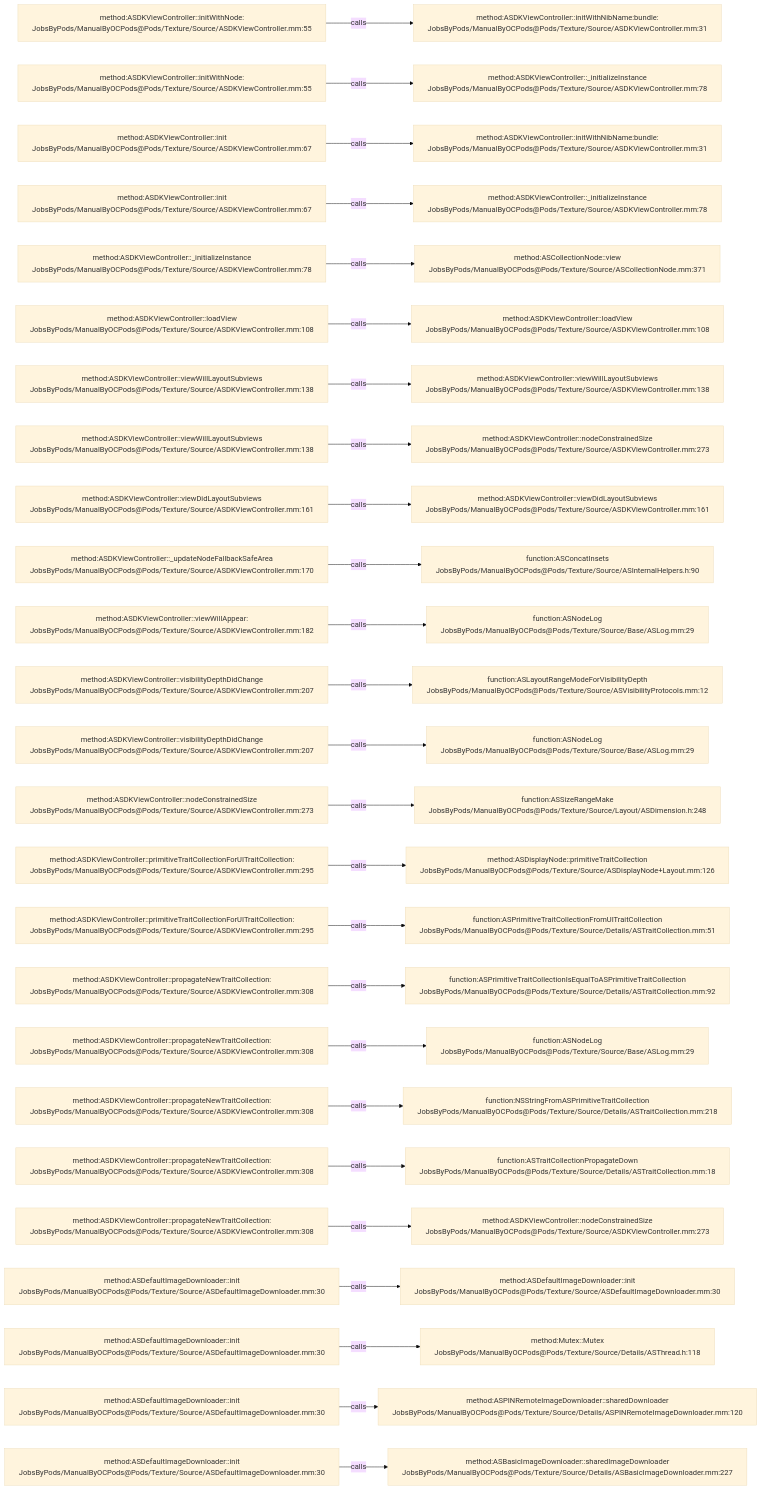
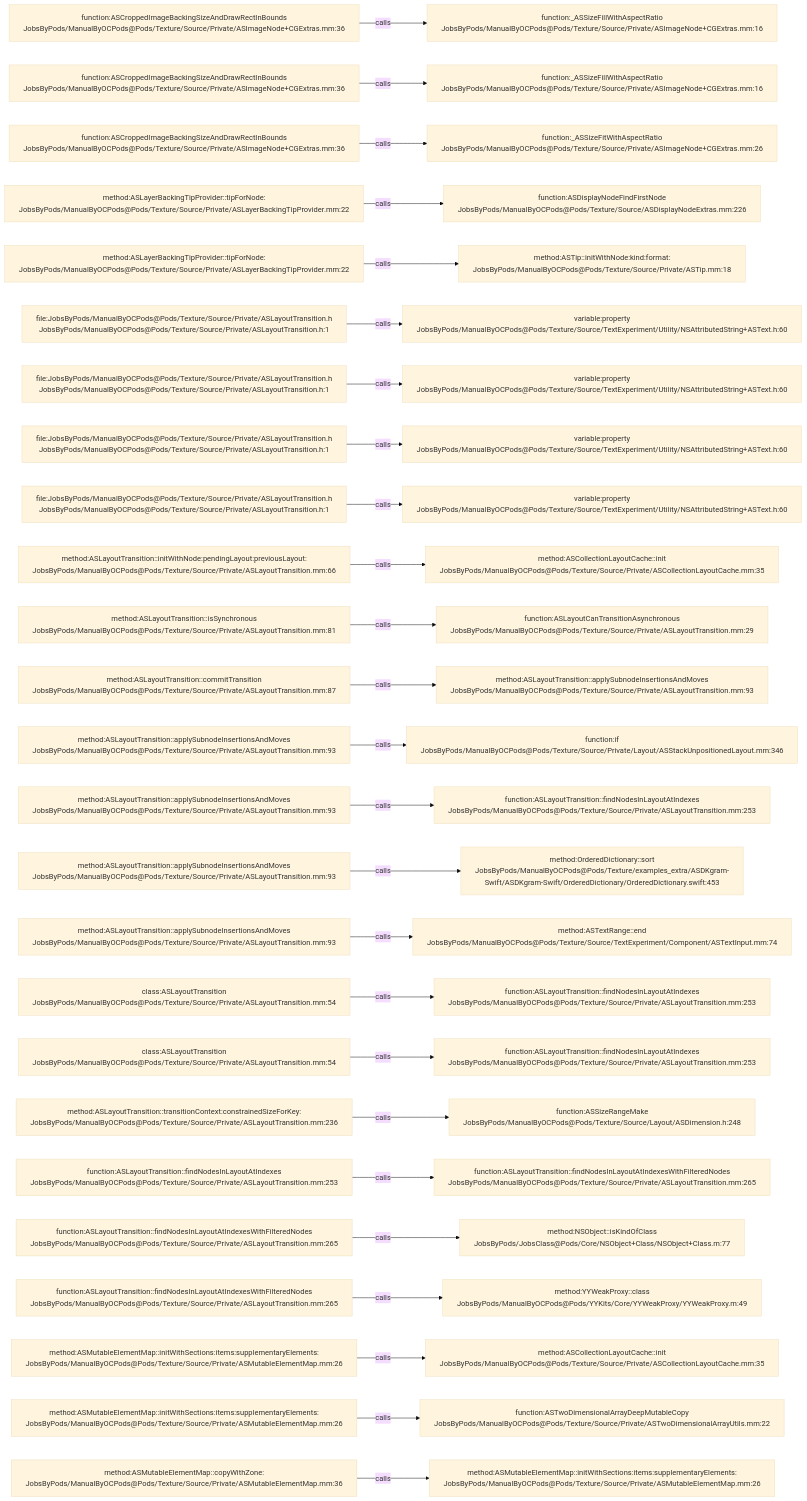
The diagram in .codegraph/codegraph.md/graphs/calls-198.md (JobsKits/JobsOCBaseConfigDemo), drawn with Mermaid (base theme) before and after one commit. The commit also changed 2162 other files, not shown here.

````diff
--- a/.codegraph/codegraph.md/graphs/calls-198.md
+++ b/.codegraph/codegraph.md/graphs/calls-198.md
@@ -13,78 +13,78 @@
 ```mermaid
 flowchart LR
-  S1["method:ASDKViewController::initWithNode:<br/>JobsByPods/ManualByOCPods@Pods/Texture/Source/ASDKViewController.mm:55"]
-  T1["method:ASDKViewController::initWithNibName:bundle:<br/>JobsByPods/ManualByOCPods@Pods/Texture/Source/ASDKViewController.mm:31"]
+  S1["function:ASCroppedImageBackingSizeAndDrawRectInBounds<br/>JobsByPods/ManualByOCPods@Pods/Texture/Source/Private/ASImageNode+CGExtras.mm:36"]
+  T1["function:_ASSizeFillWithAspectRatio<br/>JobsByPods/ManualByOCPods@Pods/Texture/Source/Private/ASImageNode+CGExtras.mm:16"]
   S1 -->|calls| T1
-  S2["method:ASDKViewController::initWithNode:<br/>JobsByPods/ManualByOCPods@Pods/Texture/Source/ASDKViewController.mm:55"]
-  T2["method:ASDKViewController::_initializeInstance<br/>JobsByPods/ManualByOCPods@Pods/Texture/Source/ASDKViewController.mm:78"]
+  S2["function:ASCroppedImageBackingSizeAndDrawRectInBounds<br/>JobsByPods/ManualByOCPods@Pods/Texture/Source/Private/ASImageNode+CGExtras.mm:36"]
+  T2["function:_ASSizeFillWithAspectRatio<br/>JobsByPods/ManualByOCPods@Pods/Texture/Source/Private/ASImageNode+CGExtras.mm:16"]
   S2 -->|calls| T2
-  S3["method:ASDKViewController::init<br/>JobsByPods/ManualByOCPods@Pods/Texture/Source/ASDKViewController.mm:67"]
-  T3["method:ASDKViewController::initWithNibName:bundle:<br/>JobsByPods/ManualByOCPods@Pods/Texture/Source/ASDKViewController.mm:31"]
+  S3["function:ASCroppedImageBackingSizeAndDrawRectInBounds<br/>JobsByPods/ManualByOCPods@Pods/Texture/Source/Private/ASImageNode+CGExtras.mm:36"]
+  T3["function:_ASSizeFitWithAspectRatio<br/>JobsByPods/ManualByOCPods@Pods/Texture/Source/Private/ASImageNode+CGExtras.mm:26"]
   S3 -->|calls| T3
-  S4["method:ASDKViewController::init<br/>JobsByPods/ManualByOCPods@Pods/Texture/Source/ASDKViewController.mm:67"]
-  T4["method:ASDKViewController::_initializeInstance<br/>JobsByPods/ManualByOCPods@Pods/Texture/Source/ASDKViewController.mm:78"]
+  S4["method:ASLayerBackingTipProvider::tipForNode:<br/>JobsByPods/ManualByOCPods@Pods/Texture/Source/Private/ASLayerBackingTipProvider.mm:22"]
+  T4["function:ASDisplayNodeFindFirstNode<br/>JobsByPods/ManualByOCPods@Pods/Texture/Source/ASDisplayNodeExtras.mm:226"]
   S4 -->|calls| T4
-  S5["method:ASDKViewController::_initializeInstance<br/>JobsByPods/ManualByOCPods@Pods/Texture/Source/ASDKViewController.mm:78"]
-  T5["method:ASCollectionNode::view<br/>JobsByPods/ManualByOCPods@Pods/Texture/Source/ASCollectionNode.mm:371"]
+  S5["method:ASLayerBackingTipProvider::tipForNode:<br/>JobsByPods/ManualByOCPods@Pods/Texture/Source/Private/ASLayerBackingTipProvider.mm:22"]
+  T5["method:ASTip::initWithNode:kind:format:<br/>JobsByPods/ManualByOCPods@Pods/Texture/Source/Private/ASTip.mm:18"]
   S5 -->|calls| T5
-  S6["method:ASDKViewController::loadView<br/>JobsByPods/ManualByOCPods@Pods/Texture/Source/ASDKViewController.mm:108"]
-  T6["method:ASDKViewController::loadView<br/>JobsByPods/ManualByOCPods@Pods/Texture/Source/ASDKViewController.mm:108"]
+  S6["file:JobsByPods/ManualByOCPods@Pods/Texture/Source/Private/ASLayoutTransition.h<br/>JobsByPods/ManualByOCPods@Pods/Texture/Source/Private/ASLayoutTransition.h:1"]
+  T6["variable:property<br/>JobsByPods/ManualByOCPods@Pods/Texture/Source/TextExperiment/Utility/NSAttributedString+ASText.h:60"]
   S6 -->|calls| T6
-  S7["method:ASDKViewController::viewWillLayoutSubviews<br/>JobsByPods/ManualByOCPods@Pods/Texture/Source/ASDKViewController.mm:138"]
-  T7["method:ASDKViewController::viewWillLayoutSubviews<br/>JobsByPods/ManualByOCPods@Pods/Texture/Source/ASDKViewController.mm:138"]
+  S7["file:JobsByPods/ManualByOCPods@Pods/Texture/Source/Private/ASLayoutTransition.h<br/>JobsByPods/ManualByOCPods@Pods/Texture/Source/Private/ASLayoutTransition.h:1"]
+  T7["variable:property<br/>JobsByPods/ManualByOCPods@Pods/Texture/Source/TextExperiment/Utility/NSAttributedString+ASText.h:60"]
   S7 -->|calls| T7
-  S8["method:ASDKViewController::viewWillLayoutSubviews<br/>JobsByPods/ManualByOCPods@Pods/Texture/Source/ASDKViewController.mm:138"]
-  T8["method:ASDKViewController::nodeConstrainedSize<br/>JobsByPods/ManualByOCPods@Pods/Texture/Source/ASDKViewController.mm:273"]
+  S8["file:JobsByPods/ManualByOCPods@Pods/Texture/Source/Private/ASLayoutTransition.h<br/>JobsByPods/ManualByOCPods@Pods/Texture/Source/Private/ASLayoutTransition.h:1"]
+  T8["variable:property<br/>JobsByPods/ManualByOCPods@Pods/Texture/Source/TextExperiment/Utility/NSAttributedString+ASText.h:60"]
   S8 -->|calls| T8
-  S9["method:ASDKViewController::viewDidLayoutSubviews<br/>JobsByPods/ManualByOCPods@Pods/Texture/Source/ASDKViewController.mm:161"]
-  T9["method:ASDKViewController::viewDidLayoutSubviews<br/>JobsByPods/ManualByOCPods@Pods/Texture/Source/ASDKViewController.mm:161"]
+  S9["file:JobsByPods/ManualByOCPods@Pods/Texture/Source/Private/ASLayoutTransition.h<br/>JobsByPods/ManualByOCPods@Pods/Texture/Source/Private/ASLayoutTransition.h:1"]
+  T9["variable:property<br/>JobsByPods/ManualByOCPods@Pods/Texture/Source/TextExperiment/Utility/NSAttributedString+ASText.h:60"]
   S9 -->|calls| T9
-  S10["method:ASDKViewController::_updateNodeFallbackSafeArea<br/>JobsByPods/ManualByOCPods@Pods/Texture/Source/ASDKViewController.mm:170"]
-  T10["function:ASConcatInsets<br/>JobsByPods/ManualByOCPods@Pods/Texture/Source/ASInternalHelpers.h:90"]
+  S10["method:ASLayoutTransition::initWithNode:pendingLayout:previousLayout:<br/>JobsByPods/ManualByOCPods@Pods/Texture/Source/Private/ASLayoutTransition.mm:66"]
+  T10["method:ASCollectionLayoutCache::init<br/>JobsByPods/ManualByOCPods@Pods/Texture/Source/Private/ASCollectionLayoutCache.mm:35"]
   S10 -->|calls| T10
-  S11["method:ASDKViewController::viewWillAppear:<br/>JobsByPods/ManualByOCPods@Pods/Texture/Source/ASDKViewController.mm:182"]
-  T11["function:ASNodeLog<br/>JobsByPods/ManualByOCPods@Pods/Texture/Source/Base/ASLog.mm:29"]
+  S11["method:ASLayoutTransition::isSynchronous<br/>JobsByPods/ManualByOCPods@Pods/Texture/Source/Private/ASLayoutTransition.mm:81"]
+  T11["function:ASLayoutCanTransitionAsynchronous<br/>JobsByPods/ManualByOCPods@Pods/Texture/Source/Private/ASLayoutTransition.mm:29"]
   S11 -->|calls| T11
-  S12["method:ASDKViewController::visibilityDepthDidChange<br/>JobsByPods/ManualByOCPods@Pods/Texture/Source/ASDKViewController.mm:207"]
-  T12["function:ASLayoutRangeModeForVisibilityDepth<br/>JobsByPods/ManualByOCPods@Pods/Texture/Source/ASVisibilityProtocols.mm:12"]
+  S12["method:ASLayoutTransition::commitTransition<br/>JobsByPods/ManualByOCPods@Pods/Texture/Source/Private/ASLayoutTransition.mm:87"]
+  T12["method:ASLayoutTransition::applySubnodeInsertionsAndMoves<br/>JobsByPods/ManualByOCPods@Pods/Texture/Source/Private/ASLayoutTransition.mm:93"]
   S12 -->|calls| T12
-  S13["method:ASDKViewController::visibilityDepthDidChange<br/>JobsByPods/ManualByOCPods@Pods/Texture/Source/ASDKViewController.mm:207"]
-  T13["function:ASNodeLog<br/>JobsByPods/ManualByOCPods@Pods/Texture/Source/Base/ASLog.mm:29"]
+  S13["method:ASLayoutTransition::applySubnodeInsertionsAndMoves<br/>JobsByPods/ManualByOCPods@Pods/Texture/Source/Private/ASLayoutTransition.mm:93"]
+  T13["function:if<br/>JobsByPods/ManualByOCPods@Pods/Texture/Source/Private/Layout/ASStackUnpositionedLayout.mm:346"]
   S13 -->|calls| T13
-  S14["method:ASDKViewController::nodeConstrainedSize<br/>JobsByPods/ManualByOCPods@Pods/Texture/Source/ASDKViewController.mm:273"]
-  T14["function:ASSizeRangeMake<br/>JobsByPods/ManualByOCPods@Pods/Texture/Source/Layout/ASDimension.h:248"]
+  S14["method:ASLayoutTransition::applySubnodeInsertionsAndMoves<br/>JobsByPods/ManualByOCPods@Pods/Texture/Source/Private/ASLayoutTransition.mm:93"]
+  T14["function:ASLayoutTransition::findNodesInLayoutAtIndexes<br/>JobsByPods/ManualByOCPods@Pods/Texture/Source/Private/ASLayoutTransition.mm:253"]
   S14 -->|calls| T14
-  S15["method:ASDKViewController::primitiveTraitCollectionForUITraitCollection:<br/>JobsByPods/ManualByOCPods@Pods/Texture/Source/ASDKViewController.mm:295"]
-  T15["method:ASDisplayNode::primitiveTraitCollection<br/>JobsByPods/ManualByOCPods@Pods/Texture/Source/ASDisplayNode+Layout.mm:126"]
+  S15["method:ASLayoutTransition::applySubnodeInsertionsAndMoves<br/>JobsByPods/ManualByOCPods@Pods/Texture/Source/Private/ASLayoutTransition.mm:93"]
+  T15["method:OrderedDictionary::sort<br/>JobsByPods/ManualByOCPods@Pods/Texture/examples_extra/ASDKgram-Swift/ASDKgram-Swift/OrderedDictionary/OrderedDictionary.swift:453"]
   S15 -->|calls| T15
-  S16["method:ASDKViewController::primitiveTraitCollectionForUITraitCollection:<br/>JobsByPods/ManualByOCPods@Pods/Texture/Source/ASDKViewController.mm:295"]
-  T16["function:ASPrimitiveTraitCollectionFromUITraitCollection<br/>JobsByPods/ManualByOCPods@Pods/Texture/Source/Details/ASTraitCollection.mm:51"]
+  S16["method:ASLayoutTransition::applySubnodeInsertionsAndMoves<br/>JobsByPods/ManualByOCPods@Pods/Texture/Source/Private/ASLayoutTransition.mm:93"]
+  T16["method:ASTextRange::end<br/>JobsByPods/ManualByOCPods@Pods/Texture/Source/TextExperiment/Component/ASTextInput.mm:74"]
   S16 -->|calls| T16
-  S17["method:ASDKViewController::propagateNewTraitCollection:<br/>JobsByPods/ManualByOCPods@Pods/Texture/Source/ASDKViewController.mm:308"]
-  T17["function:ASPrimitiveTraitCollectionIsEqualToASPrimitiveTraitCollection<br/>JobsByPods/ManualByOCPods@Pods/Texture/Source/Details/ASTraitCollection.mm:92"]
+  S17["class:ASLayoutTransition<br/>JobsByPods/ManualByOCPods@Pods/Texture/Source/Private/ASLayoutTransition.mm:54"]
+  T17["function:ASLayoutTransition::findNodesInLayoutAtIndexes<br/>JobsByPods/ManualByOCPods@Pods/Texture/Source/Private/ASLayoutTransition.mm:253"]
   S17 -->|calls| T17
-  S18["method:ASDKViewController::propagateNewTraitCollection:<br/>JobsByPods/ManualByOCPods@Pods/Texture/Source/ASDKViewController.mm:308"]
-  T18["function:ASNodeLog<br/>JobsByPods/ManualByOCPods@Pods/Texture/Source/Base/ASLog.mm:29"]
+  S18["class:ASLayoutTransition<br/>JobsByPods/ManualByOCPods@Pods/Texture/Source/Private/ASLayoutTransition.mm:54"]
+  T18["function:ASLayoutTransition::findNodesInLayoutAtIndexes<br/>JobsByPods/ManualByOCPods@Pods/Texture/Source/Private/ASLayoutTransition.mm:253"]
   S18 -->|calls| T18
-  S19["method:ASDKViewController::propagateNewTraitCollection:<br/>JobsByPods/ManualByOCPods@Pods/Texture/Source/ASDKViewController.mm:308"]
-  T19["function:NSStringFromASPrimitiveTraitCollection<br/>JobsByPods/ManualByOCPods@Pods/Texture/Source/Details/ASTraitCollection.mm:218"]
+  S19["method:ASLayoutTransition::transitionContext:constrainedSizeForKey:<br/>JobsByPods/ManualByOCPods@Pods/Texture/Source/Private/ASLayoutTransition.mm:236"]
+  T19["function:ASSizeRangeMake<br/>JobsByPods/ManualByOCPods@Pods/Texture/Source/Layout/ASDimension.h:248"]
   S19 -->|calls| T19
-  S20["method:ASDKViewController::propagateNewTraitCollection:<br/>JobsByPods/ManualByOCPods@Pods/Texture/Source/ASDKViewController.mm:308"]
-  T20["function:ASTraitCollectionPropagateDown<br/>JobsByPods/ManualByOCPods@Pods/Texture/Source/Details/ASTraitCollection.mm:18"]
+  S20["function:ASLayoutTransition::findNodesInLayoutAtIndexes<br/>JobsByPods/ManualByOCPods@Pods/Texture/Source/Private/ASLayoutTransition.mm:253"]
+  T20["function:ASLayoutTransition::findNodesInLayoutAtIndexesWithFilteredNodes<br/>JobsByPods/ManualByOCPods@Pods/Texture/Source/Private/ASLayoutTransition.mm:265"]
   S20 -->|calls| T20
-  S21["method:ASDKViewController::propagateNewTraitCollection:<br/>JobsByPods/ManualByOCPods@Pods/Texture/Source/ASDKViewController.mm:308"]
-  T21["method:ASDKViewController::nodeConstrainedSize<br/>JobsByPods/ManualByOCPods@Pods/Texture/Source/ASDKViewController.mm:273"]
+  S21["function:ASLayoutTransition::findNodesInLayoutAtIndexesWithFilteredNodes<br/>JobsByPods/ManualByOCPods@Pods/Texture/Source/Private/ASLayoutTransition.mm:265"]
+  T21["method:NSObject::isKindOfClass<br/>JobsByPods/JobsClass@Pods/Core/NSObject+Class/NSObject+Class.m:77"]
   S21 -->|calls| T21
-  S22["method:ASDefaultImageDownloader::init<br/>JobsByPods/ManualByOCPods@Pods/Texture/Source/ASDefaultImageDownloader.mm:30"]
-  T22["method:ASDefaultImageDownloader::init<br/>JobsByPods/ManualByOCPods@Pods/Texture/Source/ASDefaultImageDownloader.mm:30"]
+  S22["function:ASLayoutTransition::findNodesInLayoutAtIndexesWithFilteredNodes<br/>JobsByPods/ManualByOCPods@Pods/Texture/Source/Private/ASLayoutTransition.mm:265"]
+  T22["method:YYWeakProxy::class<br/>JobsByPods/ManualByOCPods@Pods/YYKits/Core/YYWeakProxy/YYWeakProxy.m:49"]
   S22 -->|calls| T22
-  S23["method:ASDefaultImageDownloader::init<br/>JobsByPods/ManualByOCPods@Pods/Texture/Source/ASDefaultImageDownloader.mm:30"]
-  T23["method:Mutex::Mutex<br/>JobsByPods/ManualByOCPods@Pods/Texture/Source/Details/ASThread.h:118"]
+  S23["method:ASMutableElementMap::initWithSections:items:supplementaryElements:<br/>JobsByPods/ManualByOCPods@Pods/Texture/Source/Private/ASMutableElementMap.mm:26"]
+  T23["method:ASCollectionLayoutCache::init<br/>JobsByPods/ManualByOCPods@Pods/Texture/Source/Private/ASCollectionLayoutCache.mm:35"]
   S23 -->|calls| T23
-  S24["method:ASDefaultImageDownloader::init<br/>JobsByPods/ManualByOCPods@Pods/Texture/Source/ASDefaultImageDownloader.mm:30"]
-  T24["method:ASPINRemoteImageDownloader::sharedDownloader<br/>JobsByPods/ManualByOCPods@Pods/Texture/Source/Details/ASPINRemoteImageDownloader.mm:120"]
+  S24["method:ASMutableElementMap::initWithSections:items:supplementaryElements:<br/>JobsByPods/ManualByOCPods@Pods/Texture/Source/Private/ASMutableElementMap.mm:26"]
+  T24["function:ASTwoDimensionalArrayDeepMutableCopy<br/>JobsByPods/ManualByOCPods@Pods/Texture/Source/Private/ASTwoDimensionalArrayUtils.mm:22"]
   S24 -->|calls| T24
-  S25["method:ASDefaultImageDownloader::init<br/>JobsByPods/ManualByOCPods@Pods/Texture/Source/ASDefaultImageDownloader.mm:30"]
-  T25["method:ASBasicImageDownloader::sharedImageDownloader<br/>JobsByPods/ManualByOCPods@Pods/Texture/Source/Details/ASBasicImageDownloader.mm:227"]
+  S25["method:ASMutableElementMap::copyWithZone:<br/>JobsByPods/ManualByOCPods@Pods/Texture/Source/Private/ASMutableElementMap.mm:36"]
+  T25["method:ASMutableElementMap::initWithSections:items:supplementaryElements:<br/>JobsByPods/ManualByOCPods@Pods/Texture/Source/Private/ASMutableElementMap.mm:26"]
   S25 -->|calls| T25
 ```
````
